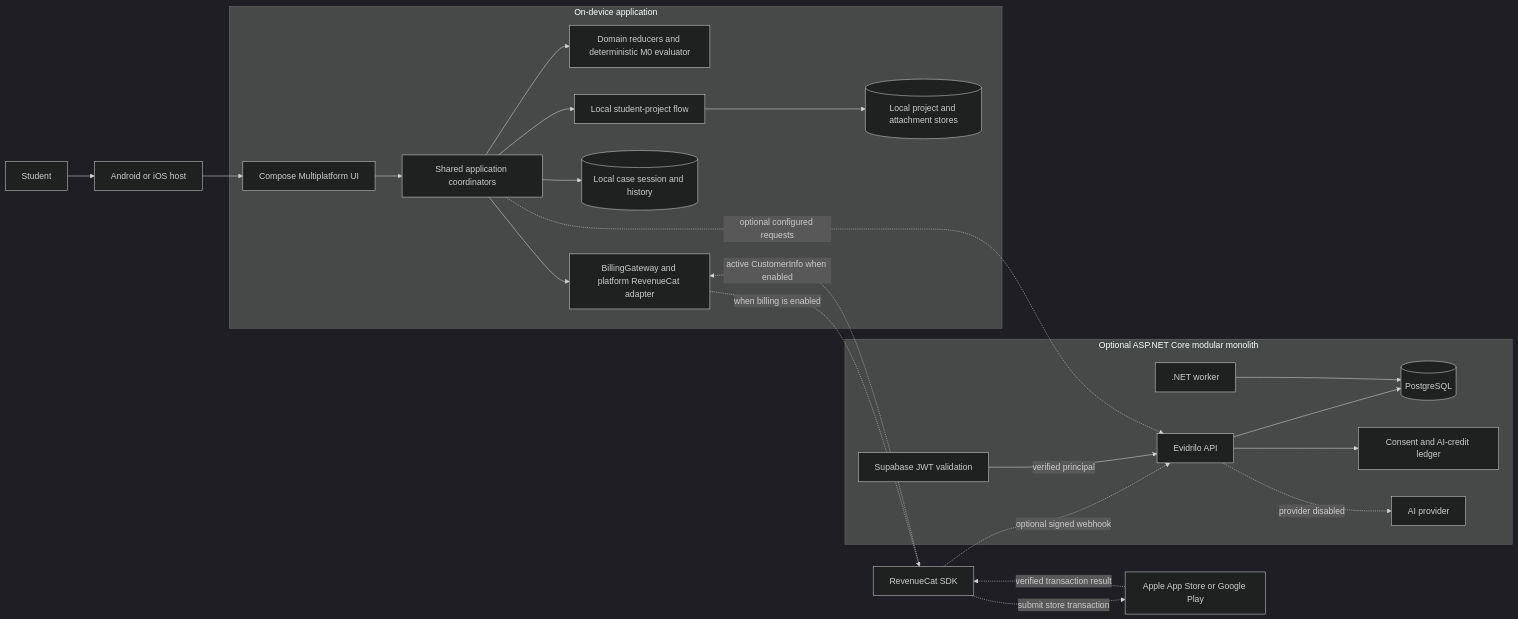
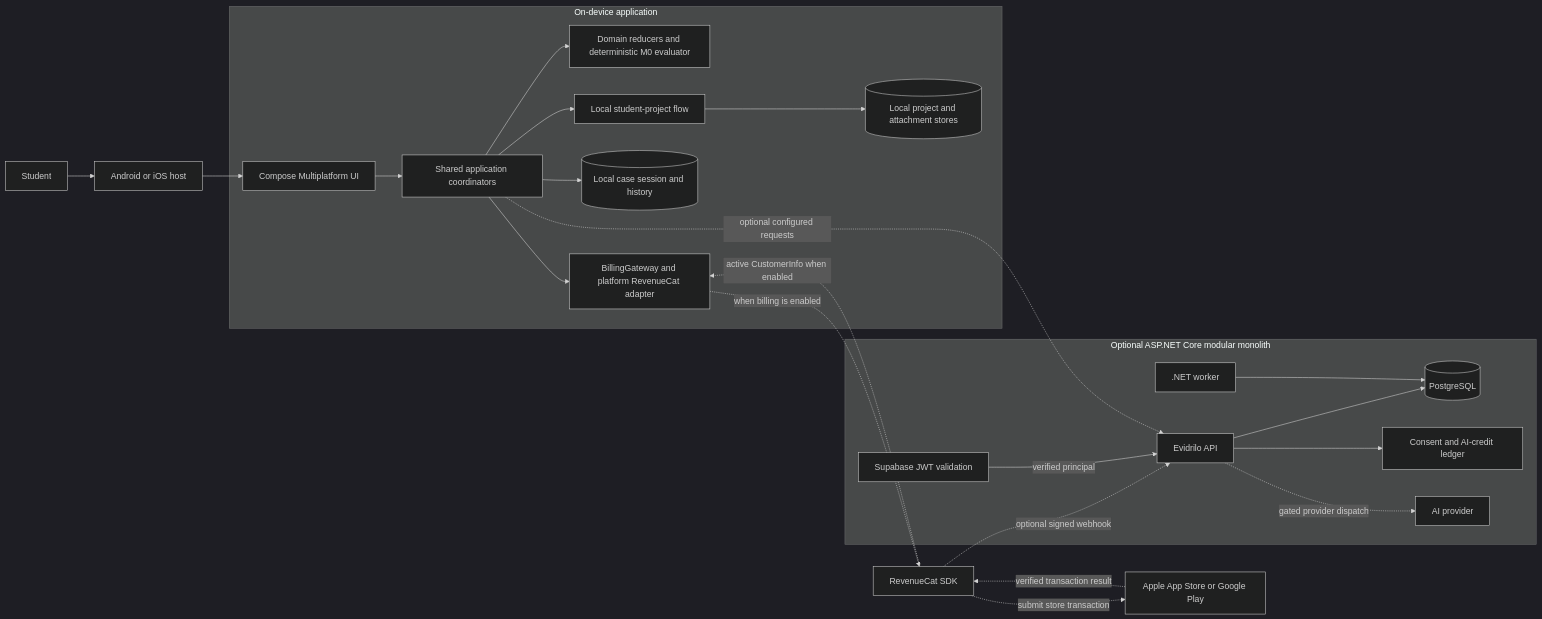
One commit to AndroLay/evidrilo changed the first of 21 diagrams in docs/architecture/system-execution-flows.md. Above: the diagram before and after it, drawn with Mermaid (dark theme). The commit also changed other lines of this file and 10 other files, not shown here.

````diff
--- a/docs/architecture/system-execution-flows.md
+++ b/docs/architecture/system-execution-flows.md
@@ -31,31 +35,31 @@
 ```mermaid
 flowchart LR
     Learner[Student] --> Host[Android or iOS host]
     Host --> Compose[Compose Multiplatform UI]
 
     subgraph Device[On-device application]
         Compose --> App[Shared application coordinators]
         App --> Domain[Domain reducers and deterministic M0 evaluator]
         App --> ProjectFlow[Local student-project flow]
         ProjectFlow --> ProjectStore[(Local project and attachment stores)]
         App --> CaseStore[(Local case session and history)]
         App --> Billing[BillingGateway and platform RevenueCat adapter]
     end
 
     Billing -. when billing is enabled .-> RC[RevenueCat SDK]
     RC -. submit store transaction .-> Stores[Apple App Store or Google Play]
     Stores -. verified transaction result .-> RC
     RC -. optional signed webhook .-> Api
     RC -. active CustomerInfo when enabled .-> Billing
 
     subgraph Platform[Optional ASP.NET Core modular monolith]
         Api[Evidrilo API]
         Api --> Pg[(PostgreSQL)]
         Worker[.NET worker] --> Pg
         Auth[Supabase JWT validation] -->|verified principal| Api
         Api --> Credits[Consent and AI-credit ledger]
-        Api -. provider disabled .-> AiProvider[AI provider]
+        Api -. gated provider dispatch .-> AiProvider[AI provider]
     end
 
     App -. optional configured requests .-> Api
 ```
````
